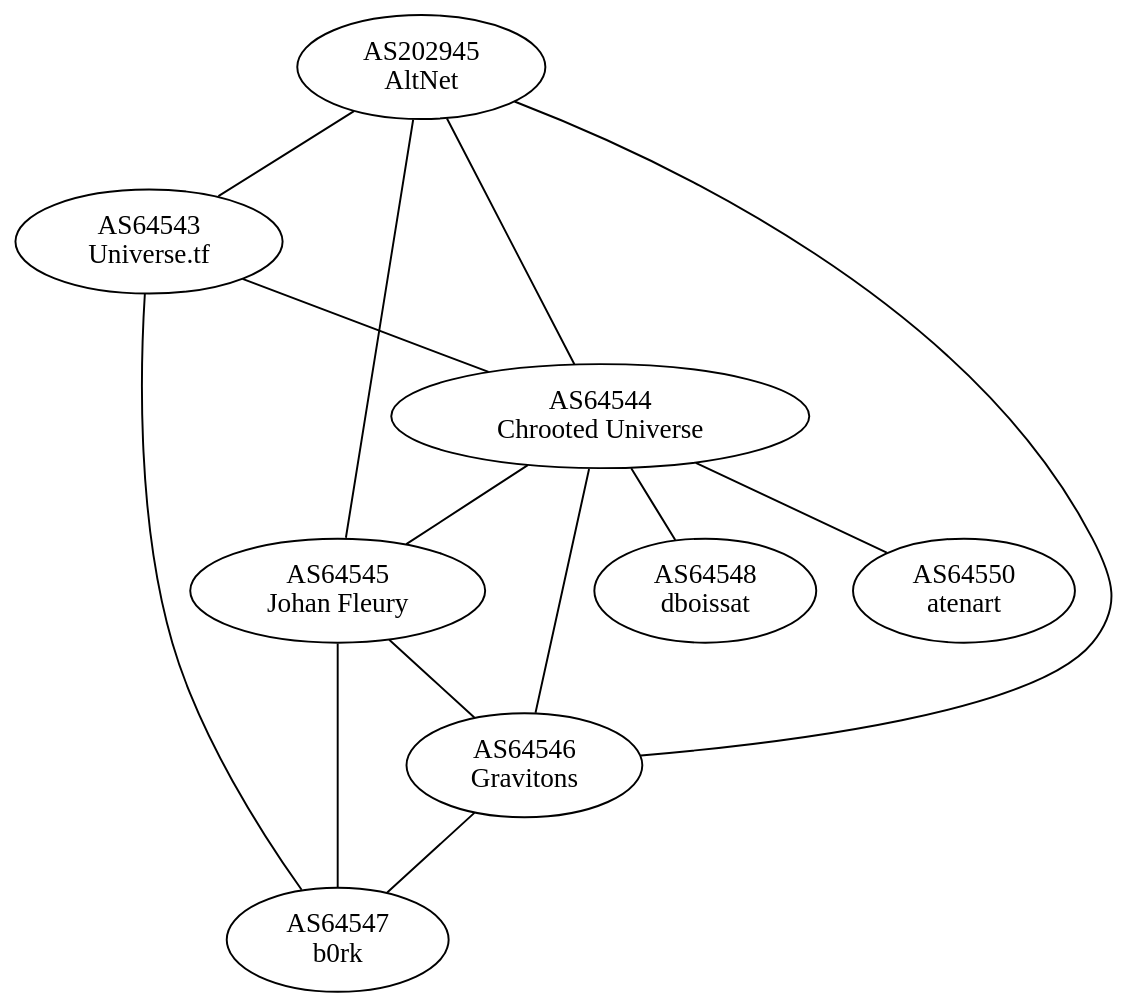
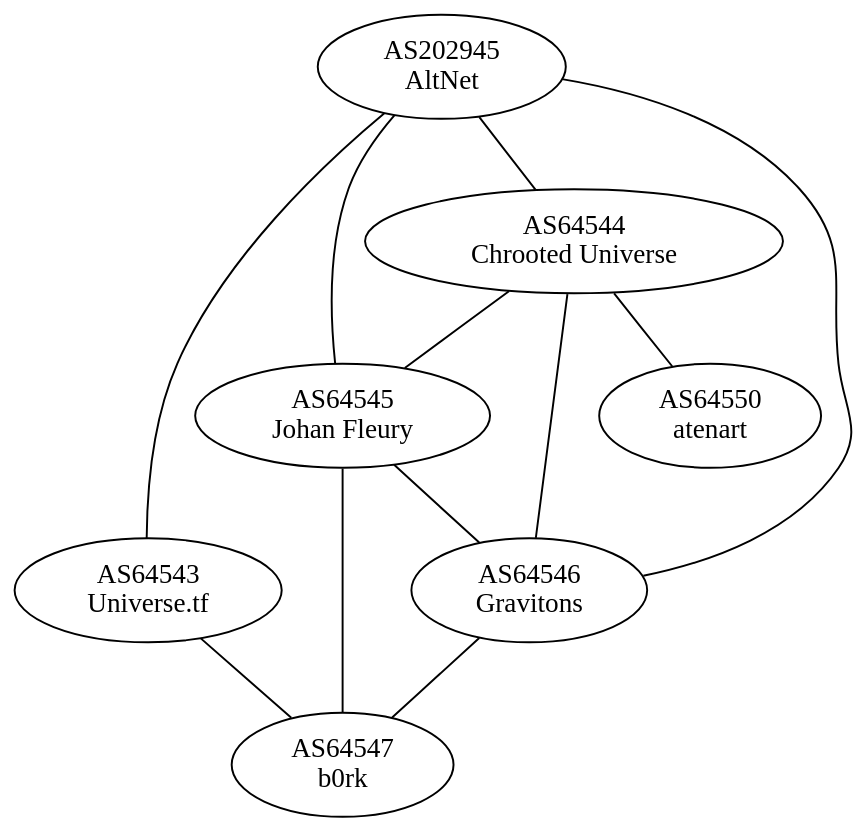
One commit to GLaNET/resources changed the diagram in as-graph.dot. Above: the diagram before and after it, drawn with Graphviz.

Commit message:
updating peerings

```diff
--- a/as-graph.dot
+++ b/as-graph.dot
@@ -1,32 +1,29 @@
 graph GLaNET
 {
         edge [len=2];
         graph [bgcolor=transparent]
 
         AS64543 [label="AS64543\nUniverse.tf"];
         AS64544 [label="AS64544\nChrooted Universe"];
         AS64545 [label="AS64545\nJohan Fleury"];
         AS64546 [label="AS64546\nGravitons"];
         AS64547 [label="AS64547\nb0rk"];
-        AS64548 [label="AS64548\ndboissat"];
         AS64550 [label="AS64550\natenart"];
         AS202945 [label="AS202945\nAltNet"];
 
         AS202945 -- AS64543;
         AS202945 -- AS64544;
         AS202945 -- AS64545;
         AS202945 -- AS64546;
 
-        AS64543 -- AS64544;
         AS64543 -- AS64547;
 
         AS64544 -- AS64545;
         AS64544 -- AS64546;
-        AS64544 -- AS64548;
         AS64544 -- AS64550;
 
         AS64545 -- AS64546;
         AS64545 -- AS64547;
 
         AS64546 -- AS64547;
 }
```
